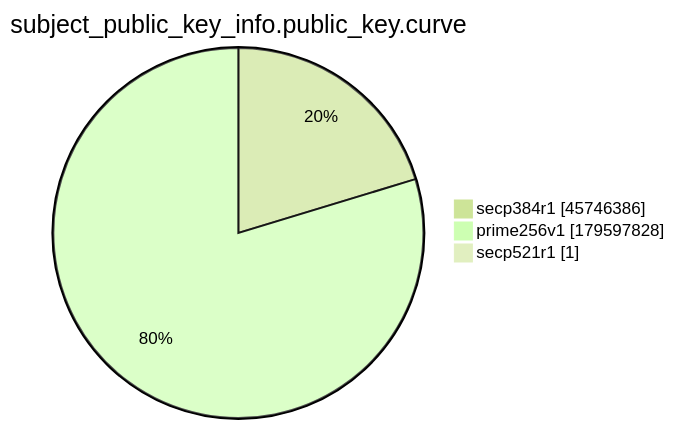
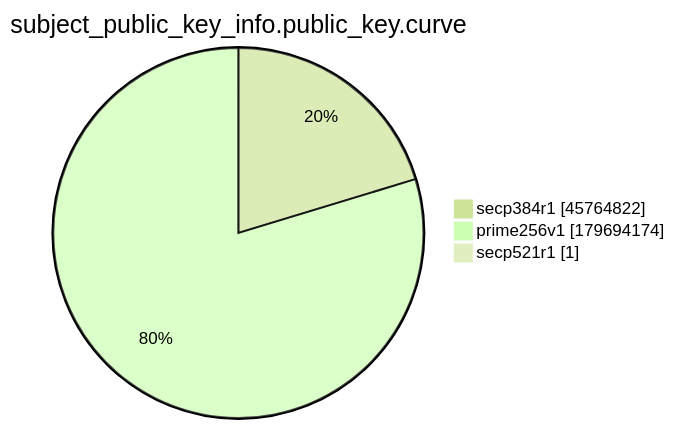
The ninth of 15 diagrams in xenon2022/README.md (christiankrug/ctmonitor_visualization), drawn with Mermaid (forest theme) before and after one commit. The commit also changed other lines of this file, not shown here.

````diff
--- a/xenon2022/README.md
+++ b/xenon2022/README.md
@@ -2873,7 +2873,7 @@
 ```mermaid
 pie showData
 title subject_public_key_info.public_key.curve
-"secp384r1" :45746386
-"prime256v1" :179597828
+"secp384r1" :45764822
+"prime256v1" :179694174
 "secp521r1" :1
 ```
````
